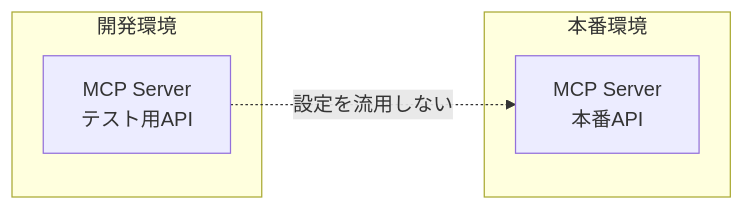
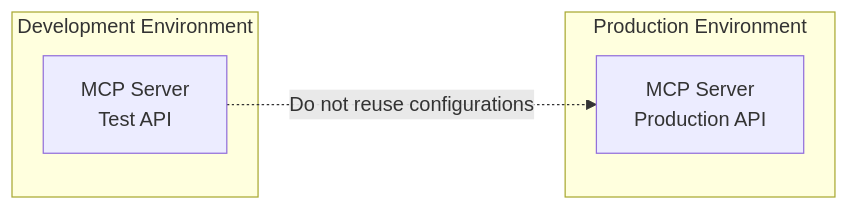
Before and after one commit to shuji-bonji/ai-agent-architecture: the fifth of 6 diagrams in docs/mcp/security.md, drawn with Mermaid. The commit also changed other lines of this file and 42 other files, not shown here.

````diff
--- a/docs/mcp/security.md
+++ b/docs/mcp/security.md
@@ -495,12 +497,12 @@
 ```mermaid
 graph LR
-    subgraph 開発環境
-        DEV_MCP[MCP Server<br/>テスト用API]
+    subgraph Development Environment
+        DEV_MCP[MCP Server<br/>Test API]
     end
 
-    subgraph 本番環境
-        PROD_MCP[MCP Server<br/>本番API]
+    subgraph Production Environment
+        PROD_MCP[MCP Server<br/>Production API]
     end
 
-    DEV_MCP -.->|"設定を流用しない"| PROD_MCP
+    DEV_MCP -.->|"Do not reuse configurations"| PROD_MCP
 ```
````
